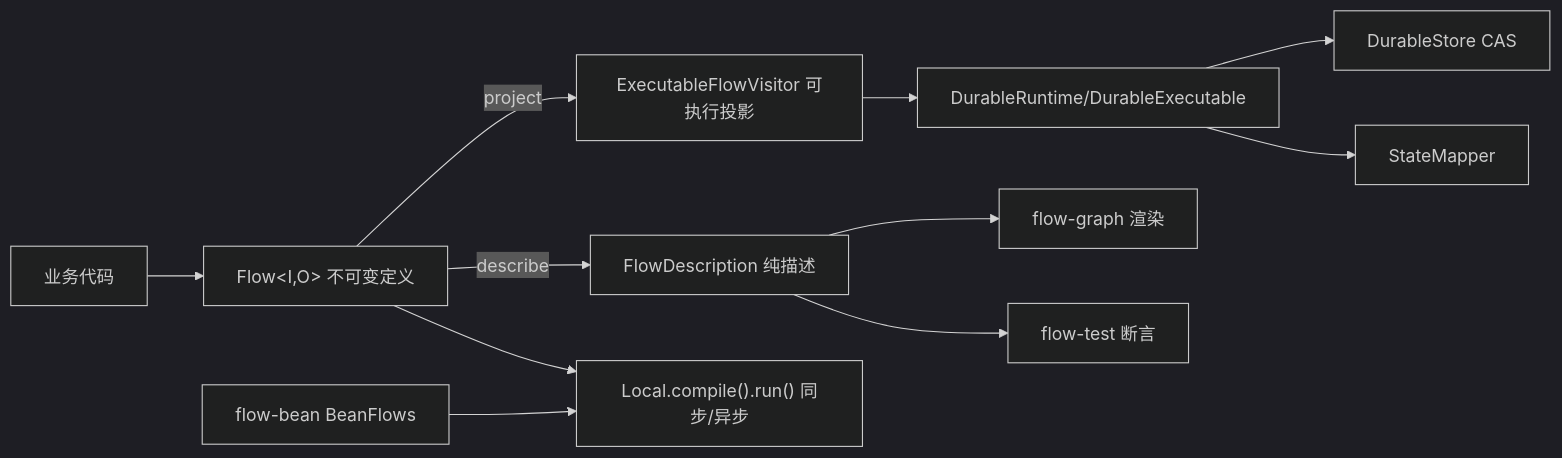
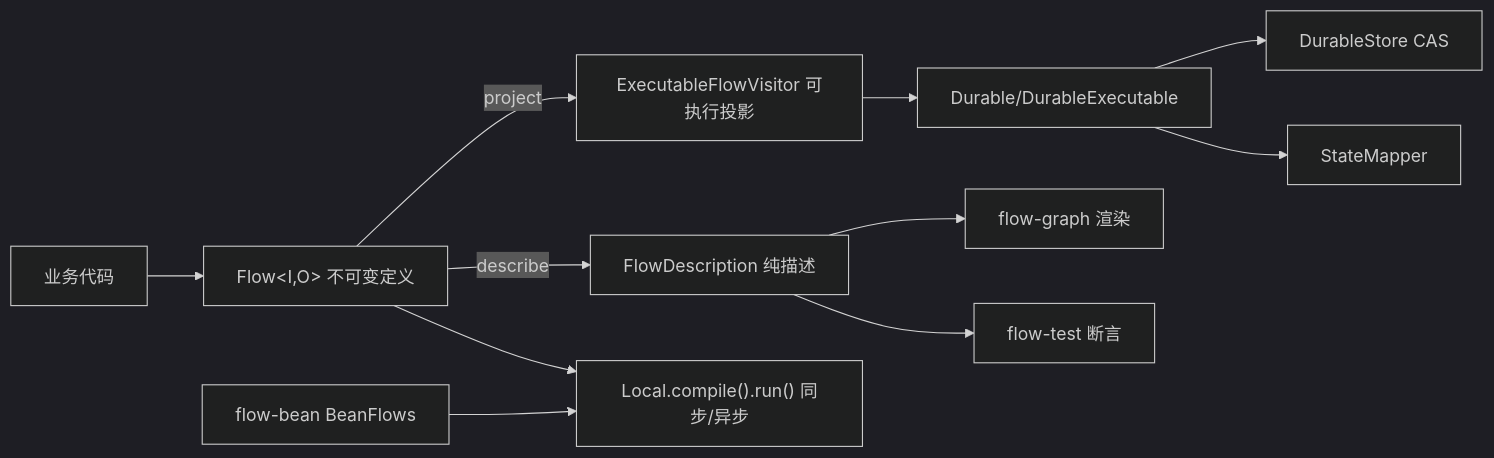
One commit to team4u/team4u-framework changed the diagram in notes/20260830 Team4u Flow轻量化重构设计文档.md. Above: the diagram before and after it, drawn with Mermaid (dark theme). The commit also changed 33 other files, not shown here.

Commit message:
refactor(flow-durable): rename DurableRuntime to Durable for symmetric facade architecture

````diff
--- a/notes/20260830 Team4u Flow轻量化重构设计文档.md
+++ b/notes/20260830 Team4u Flow轻量化重构设计文档.md
@@ -24,13 +24,13 @@
 ```mermaid
 flowchart LR
     App[业务代码] --> Def["Flow&lt;I,O&gt; 不可变定义"]
     Def -->|describe| Desc[FlowDescription 纯描述]
     Def -->|project| Proj[ExecutableFlowVisitor 可执行投影]
     Def --> Local["Local.compile().run() 同步/异步"]
-    Proj --> Durable[DurableRuntime/DurableExecutable]
+    Proj --> Durable[Durable/DurableExecutable]
     Durable --> Store[DurableStore CAS]
     Durable --> Mapper[StateMapper]
     Desc --> Graph[flow-graph 渲染]
     Desc --> Test[flow-test 断言]
     Bean[flow-bean BeanFlows] --> Local
 ```
````
